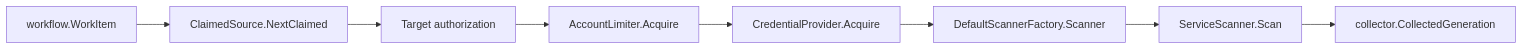
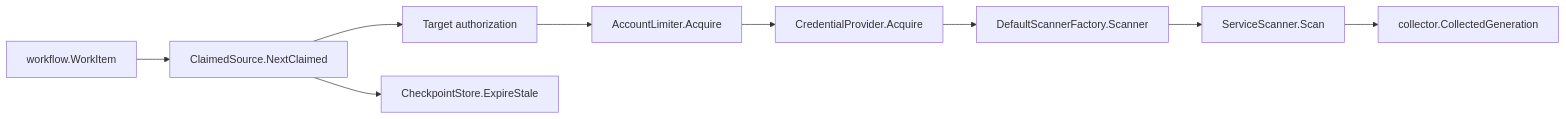
Before and after one commit to eshu-hq/eshu: the diagram in go/internal/collector/awscloud/awsruntime/README.md, drawn with Mermaid. The commit also changed other lines of this file and 25 other files, not shown here.

````diff
--- a/go/internal/collector/awscloud/awsruntime/README.md
+++ b/go/internal/collector/awscloud/awsruntime/README.md
@@ -19,10 +19,11 @@
 ```mermaid
 flowchart LR
   A["workflow.WorkItem"] --> B["ClaimedSource.NextClaimed"]
   B --> C["Target authorization"]
   C --> D["AccountLimiter.Acquire"]
   D --> E["CredentialProvider.Acquire"]
+  B --> I["CheckpointStore.ExpireStale"]
   E --> H["DefaultScannerFactory.Scanner"]
   H --> F["ServiceScanner.Scan"]
   F --> G["collector.CollectedGeneration"]
 ```
````
